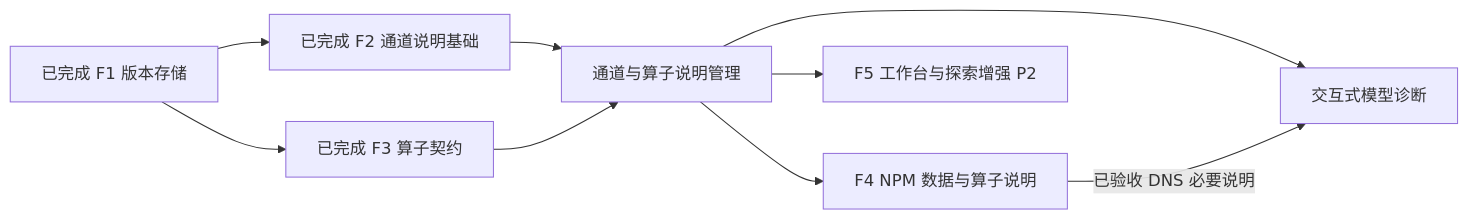
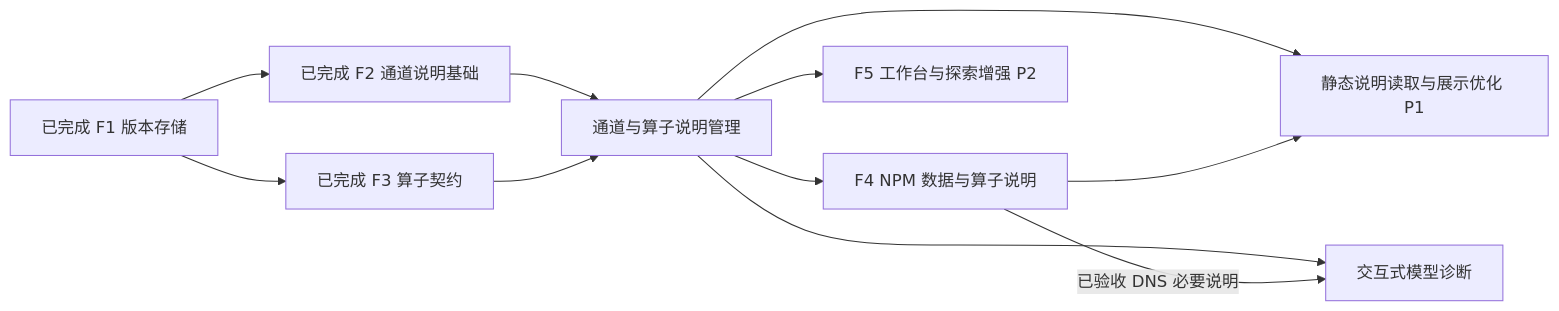
The diagram in tasks/specs/epic-data-semantics-dictionary.md (leesanyu/flowsql), drawn with Mermaid before and after one commit. The commit also changed other lines of this file and 52 other files, not shown here.

````diff
--- a/tasks/specs/epic-data-semantics-dictionary.md
+++ b/tasks/specs/epic-data-semantics-dictionary.md
@@ -129,11 +146,13 @@
 ```mermaid
 flowchart LR
     F1[已完成 F1 版本存储] --> F2[已完成 F2 通道说明基础]
     F1 --> F3[已完成 F3 算子契约]
     F2 --> M[通道与算子说明管理]
     F3 --> M
     M --> F4[F4 NPM 数据与算子说明]
+    M --> O[静态说明读取与展示优化 P1]
+    F4 --> O
     M --> L[交互式模型诊断]
     F4 -->|已验收 DNS 必要说明| L
     M --> F5[F5 工作台与探索增强 P2]
 ```
````
